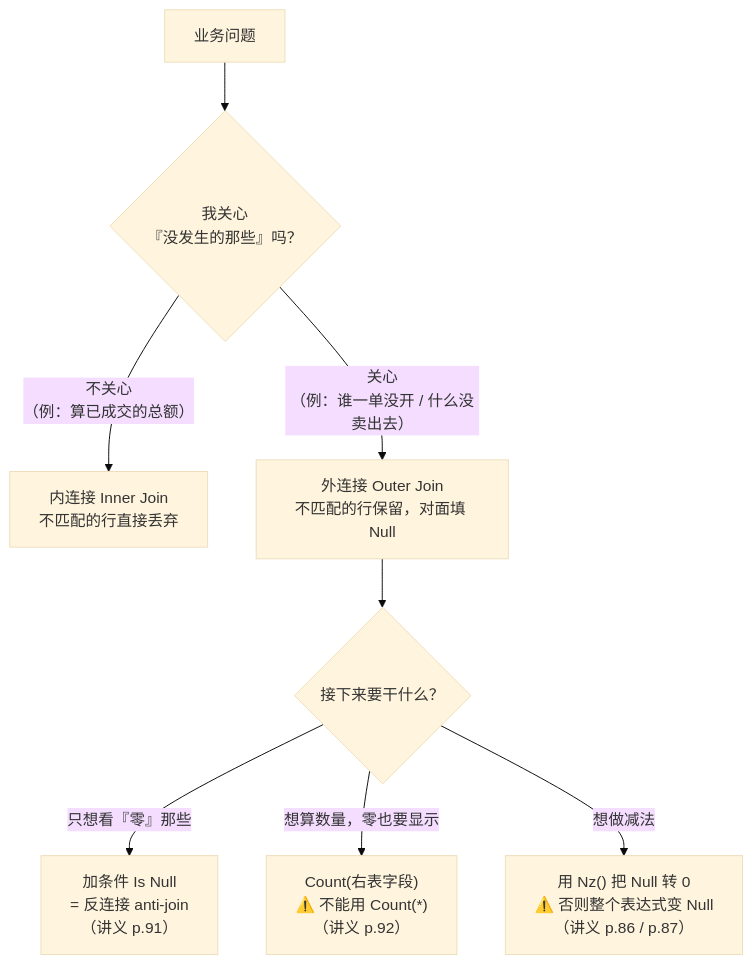
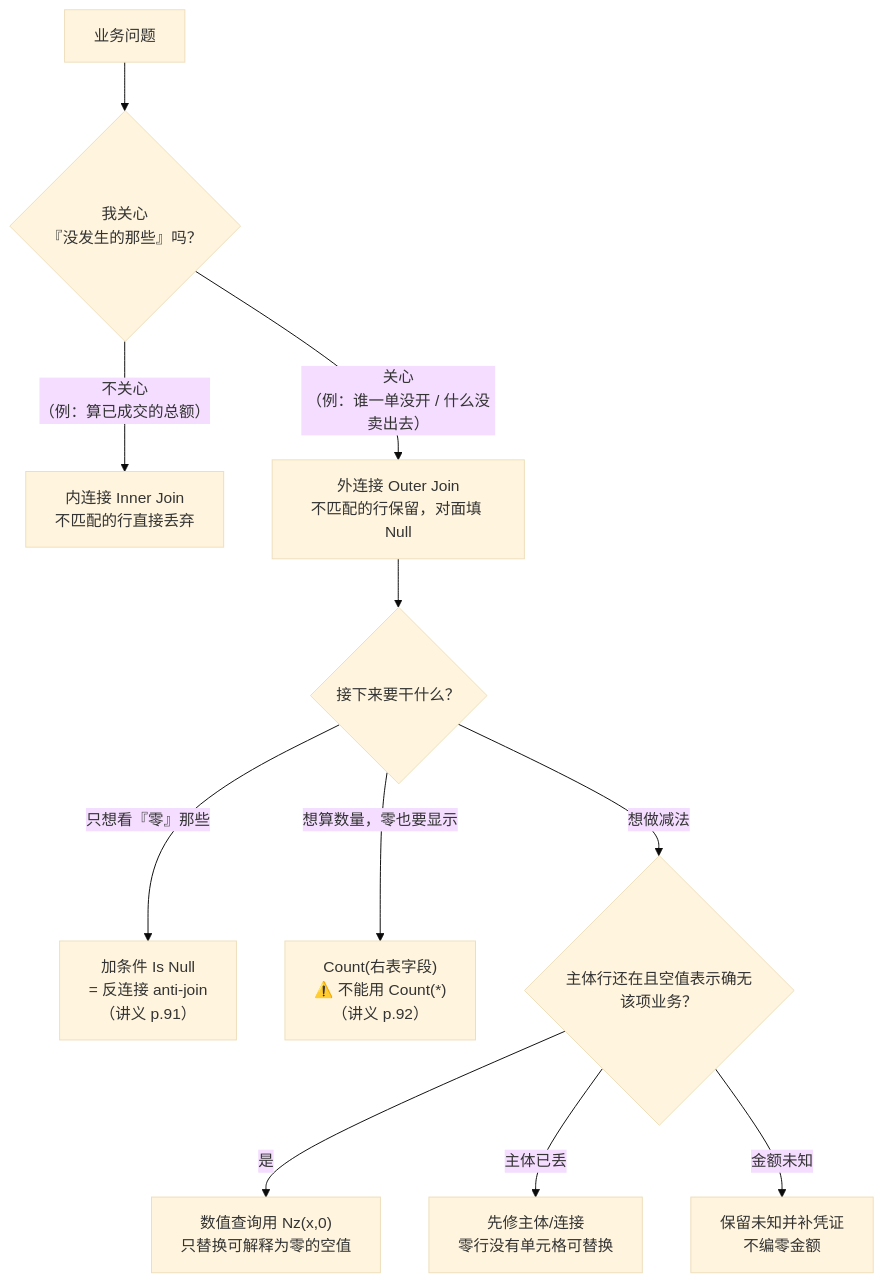
One commit to CercaTrovato/cityu-ai-course-notes changed diagram 18 of 18 in AC6761_Artificial_Intelligence_Accounting/notes/M06-ACCESS数据库构建与查询.md. Above: the diagram before and after it, drawn with Mermaid (base theme). The commit also changed other lines of this file and 224 other files, not shown here.

First line of the commit message:
完善五门课图文可读性并更新仓库首页

````diff
--- a/AC6761_Artificial_Intelligence_Accounting/notes/M06-ACCESS数据库构建与查询.md
+++ b/AC6761_Artificial_Intelligence_Accounting/notes/M06-ACCESS数据库构建与查询.md
@@ -4833,10 +5647,13 @@
 ```mermaid
 flowchart TD
     Q["业务问题"] --> D{"我关心<br/>『没发生的那些』吗？"}
     D -->|"不关心<br/>（例：算已成交的总额）"| IJ["内连接 Inner Join<br/>不匹配的行直接丢弃"]
     D -->|"关心<br/>（例：谁一单没开 / 什么没卖出去）"| OJ["外连接 Outer Join<br/>不匹配的行保留，对面填 Null"]
     OJ --> N{"接下来要干什么？"}
     N -->|"只想看『零』那些"| ISN["加条件 Is Null<br/>= 反连接 anti-join<br/>（讲义 p.91）"]
     N -->|"想算数量，零也要显示"| CNT["Count(右表字段)<br/>⚠️ 不能用 Count(*)<br/>（讲义 p.92）"]
-    N -->|"想做减法"| NZ["用 Nz() 把 Null 转 0<br/>⚠️ 否则整个表达式变 Null<br/>（讲义 p.86 / p.87）"]
+     N -->|"想做减法"| CK{"主体行还在且空值表示确无该项业务？"}
+     CK -->|"是"| NZ["数值查询用 Nz(x,0)<br/>只替换可解释为零的空值"]
+     CK -->|"主体已丢"| ROW["先修主体/连接<br/>零行没有单元格可替换"]
+     CK -->|"金额未知"| UNK["保留未知并补凭证<br/>不编零金额"]
 ```
````
